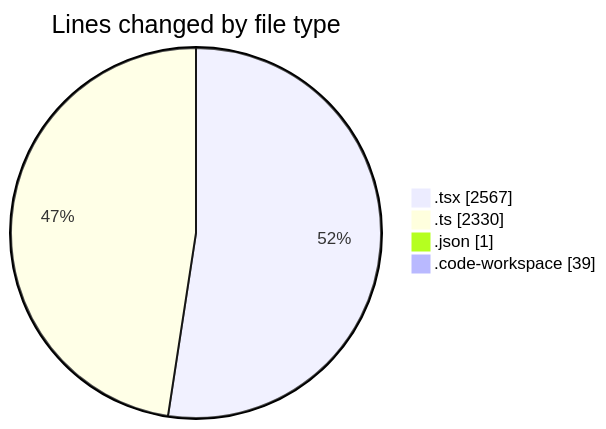
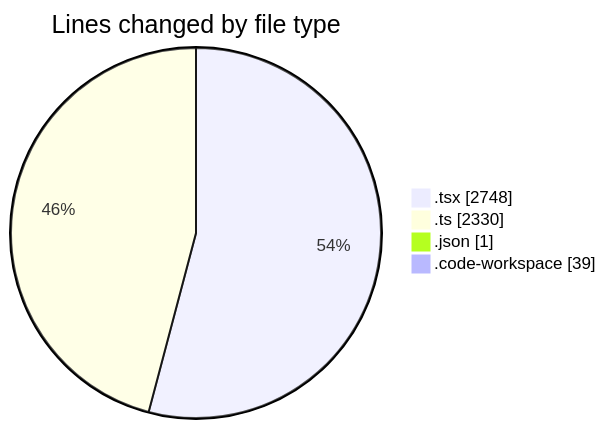
One commit to julien-gomy/code-tracking changed the first of 2 diagrams in 2025-10-08/eventscop-frontend-guide__workspace_/README.md. Above: the diagram before and after it, drawn with Mermaid. The commit also changed other lines of this file and 1 other file, not shown here.

````diff
--- a/2025-10-08/eventscop-frontend-guide__workspace_/README.md
+++ b/2025-10-08/eventscop-frontend-guide__workspace_/README.md
@@ -39,8 +42,8 @@
 ```mermaid
 pie showData
 title Lines changed by file type
-".tsx" : 2567
+".tsx" : 2748
 ".ts" : 2330
 ".json" : 1
 ".code-workspace" : 39
 ```
````
